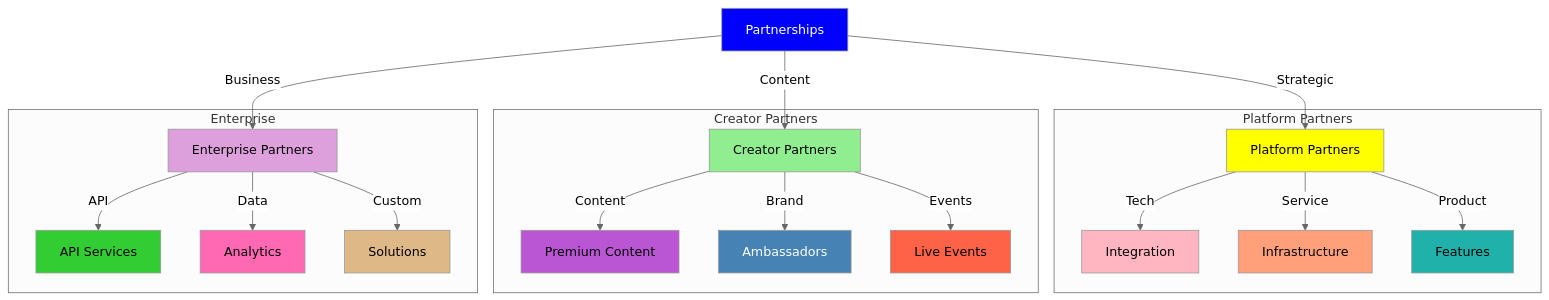
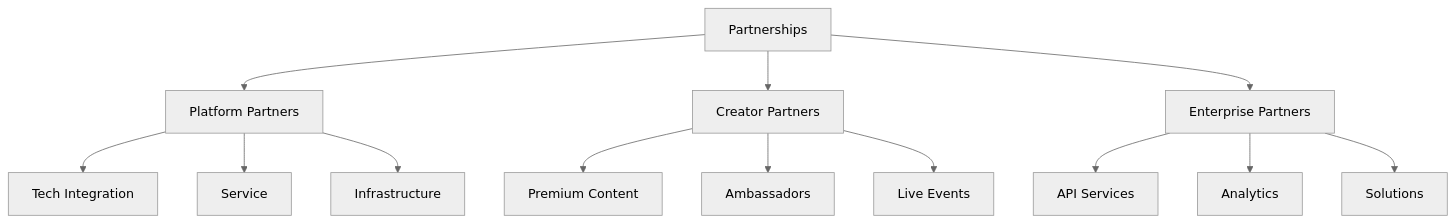
The fifth of 7 diagrams in docs/whitepaper/business-model.md (MEMEFANS/memefans), drawn with Mermaid (neutral theme) before and after one commit. The commit also changed other lines of this file, not shown here.

Commit message:
fix: optimize business model flowcharts format

````diff
--- a/docs/whitepaper/business-model.md
+++ b/docs/whitepaper/business-model.md
@@ -147,38 +85,18 @@
-<div class="mermaid">
+```mermaid
 graph TD
-    A[Partnerships] -->|Strategic| B[Platform Partners]
-    A -->|Content| C[Creator Partners]
-    A -->|Business| D[Enterprise Partners]
+    A[Partnerships] --> B[Platform Partners]
+    A --> C[Creator Partners]
+    A --> D[Enterprise Partners]
     
-    subgraph Platform Partners
-    B -->|Tech| E[Integration]
-    B -->|Service| F[Infrastructure]
-    B -->|Product| G[Features]
-    end
+    B --> B1[Tech Integration]
+    B --> B2[Service]
+    B --> B3[Infrastructure]
     
-    subgraph Creator Partners
-    C -->|Content| H[Premium Content]
-    C -->|Brand| I[Ambassadors]
-    C -->|Events| J[Live Events]
-    end
+    C --> C1[Premium Content]
+    C --> C2[Ambassadors]
+    C --> C3[Live Events]
     
-    subgraph Enterprise
-    D -->|API| K[API Services]
-    D -->|Data| L[Analytics]
-    D -->|Custom| M[Solutions]
-    end
-    
-    style A fill:#0000FF,color:#FFFFFF
-    style B fill:#FFFF00,color:#000000
-    style C fill:#90EE90,color:#000000
-    style D fill:#DDA0DD,color:#000000
-    style E fill:#FFB6C1,color:#000000
-    style F fill:#FFA07A,color:#000000
-    style G fill:#20B2AA,color:#000000
-    style H fill:#BA55D3,color:#000000
-    style I fill:#4682B4,color:#FFFFFF
-    style J fill:#FF6347,color:#000000
-    style K fill:#32CD32,color:#000000
-    style L fill:#FF69B4,color:#000000
-    style M fill:#DEB887,color:#000000
-</div>
+    D --> D1[API Services]
+    D --> D2[Analytics]
+    D --> D3[Solutions]
+```
````
